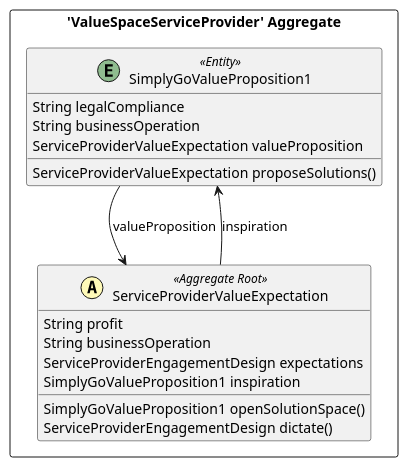
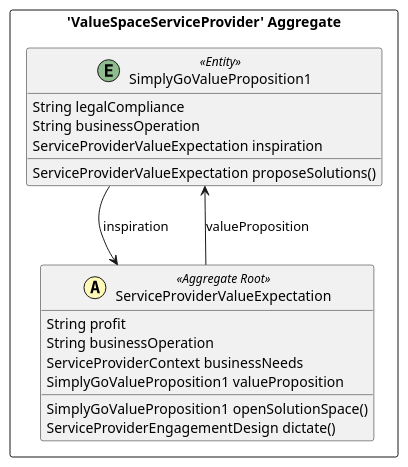
The diagram in src-gen/serviceSystem_BC_ServiceProvider_ValueSpaceServiceProvider.puml (NormanBaechtold/ServiceSystem), drawn with PlantUML before and after one commit. The commit also changed 57 other files, not shown here.

```diff
--- a/src-gen/serviceSystem_BC_ServiceProvider_ValueSpaceServiceProvider.puml
+++ b/src-gen/serviceSystem_BC_ServiceProvider_ValueSpaceServiceProvider.puml
@@ -1,25 +1,25 @@
 @startuml
 
 skinparam componentStyle uml2
 
 package "'ValueSpaceServiceProvider' Aggregate" <<Rectangle>> {
 	class SimplyGoValueProposition1 <<(E,DarkSeaGreen) Entity>> {
 		String legalCompliance
 		String businessOperation
-		ServiceProviderValueExpectation valueProposition
+		ServiceProviderValueExpectation inspiration
 		ServiceProviderValueExpectation proposeSolutions()
 	}
 	class ServiceProviderValueExpectation <<(A,#fffab8) Aggregate Root>> {
 		String profit
 		String businessOperation
-		ServiceProviderEngagementDesign expectations
-		SimplyGoValueProposition1 inspiration
+		ServiceProviderContext businessNeeds
+		SimplyGoValueProposition1 valueProposition
 		SimplyGoValueProposition1 openSolutionSpace()
 		ServiceProviderEngagementDesign dictate()
 	}
 }
-SimplyGoValueProposition1 --> ServiceProviderValueExpectation : valueProposition
-ServiceProviderValueExpectation --> SimplyGoValueProposition1 : inspiration
+SimplyGoValueProposition1 --> ServiceProviderValueExpectation : inspiration
+ServiceProviderValueExpectation --> SimplyGoValueProposition1 : valueProposition
 
 
 @enduml
```
